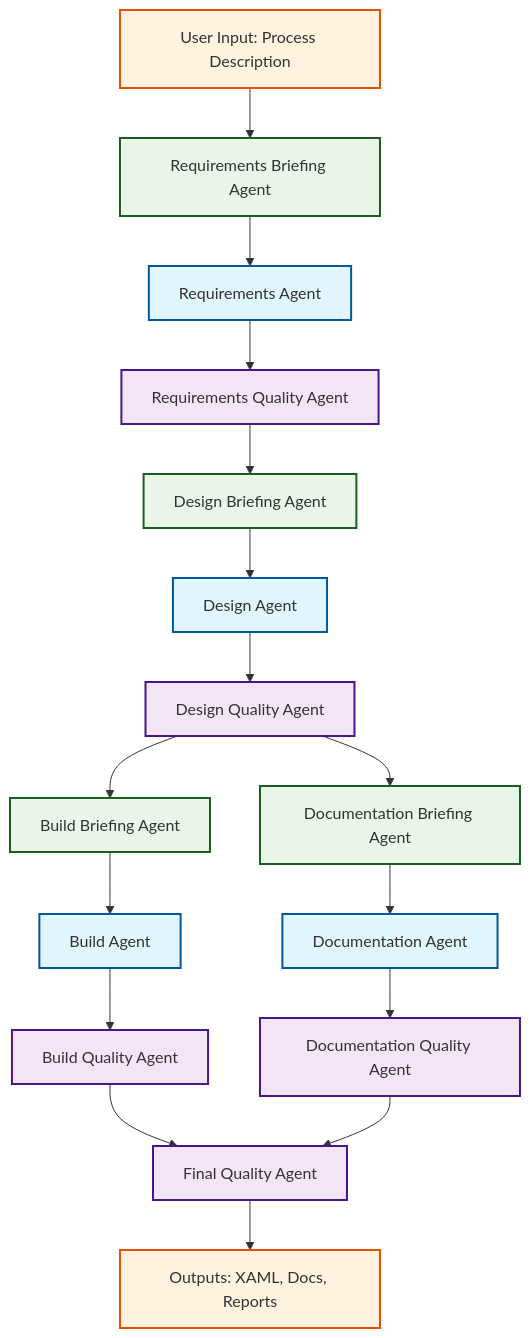
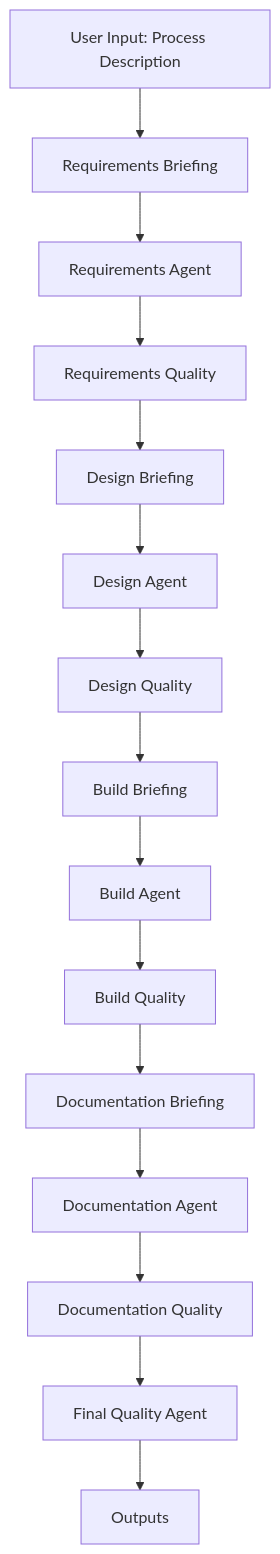
Before and after one commit to dag2932/uipath-multi-agent-system-public: the diagram in ARCHITECTURE.md, drawn with Mermaid. The commit also changed other lines of this file and 9 other files, not shown here.

````diff
--- a/ARCHITECTURE.md
+++ b/ARCHITECTURE.md
@@ -9,34 +11,17 @@
 ```mermaid
-graph TD
-    A[User Input: Process Description] --> B[Requirements Briefing Agent]
+flowchart TD
+    A[User Input: Process Description] --> B[Requirements Briefing]
     B --> C[Requirements Agent]
-    C --> D[Requirements Quality Agent]
-    D --> E[Design Briefing Agent]
+    C --> D[Requirements Quality]
+    D --> E[Design Briefing]
     E --> F[Design Agent]
-    F --> G[Design Quality Agent]
-
-    %% Parallel path after design quality
-    G --> H[Build Briefing Agent]
-    G --> K[Documentation Briefing Agent]
-
+    F --> G[Design Quality]
+    G --> H[Build Briefing]
     H --> I[Build Agent]
-    I --> J[Build Quality Agent]
-    J --> N[Final Quality Agent]
-
+    I --> J[Build Quality]
+    J --> K[Documentation Briefing]
     K --> L[Documentation Agent]
-    L --> M[Documentation Quality Agent]
+    L --> M[Documentation Quality]
     M --> N[Final Quality Agent]
-
-    N --> O[Outputs: XAML, Docs, Reports]
-
-    %% Styling
-    classDef agentClass fill:#e1f5fe,stroke:#01579b,stroke-width:2px
-    classDef qualityClass fill:#f3e5f5,stroke:#4a148c,stroke-width:2px
-    classDef briefingClass fill:#e8f5e8,stroke:#1b5e20,stroke-width:2px
-    classDef ioClass fill:#fff3e0,stroke:#e65100,stroke-width:2px
-
-    class A,O ioClass
-    class B,E,H,K briefingClass
-    class C,F,I,L agentClass
-    class D,G,J,M,N qualityClass
+    N --> O[Outputs]
 ```
````
